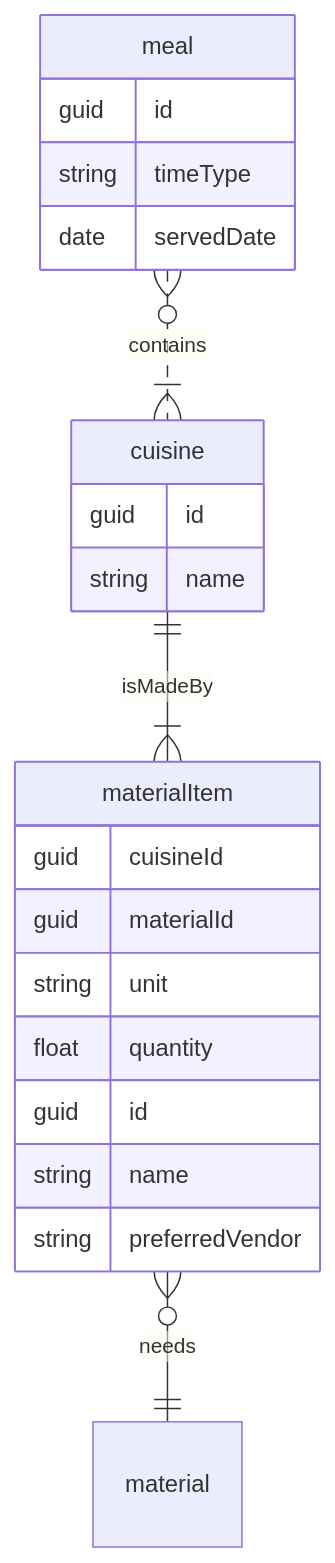
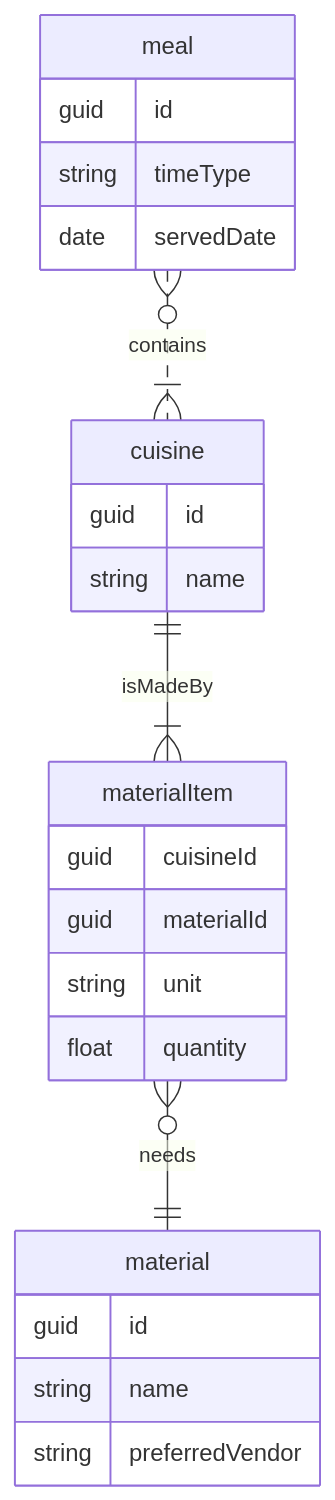
Before and after one commit to FabiusChiang/DiffDinner: the diagram in README.md, drawn with Mermaid.

Commit message:
initialize the MD file

````diff
--- a/README.md
+++ b/README.md
@@ -6,27 +6,27 @@
 ```mermaid
 erDiagram
     cuisine ||--|{ materialItem : isMadeBy
     materialItem }o--|| material  : needs
     meal }o..|{ cuisine : contains
 
     meal {
         guid id
         string timeType
         date servedDate
     }
     cuisine {
         guid id
         string name
     }
     materialItem {
         guid cuisineId
         guid materialId
         string unit
         float quantity
     }
-    materialItem {
+    material {
         guid id
         string name
         string preferredVendor
     }
 ```
````
